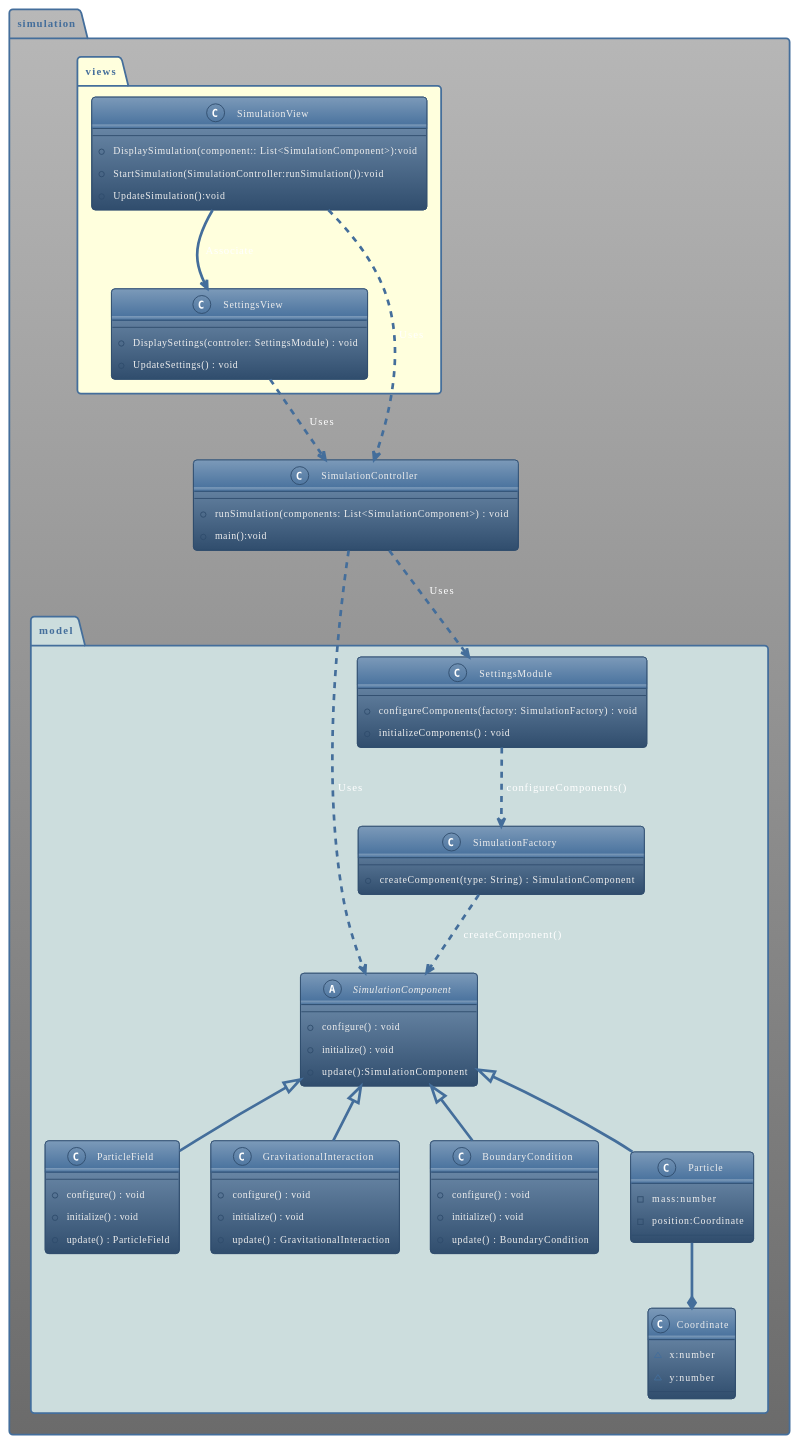
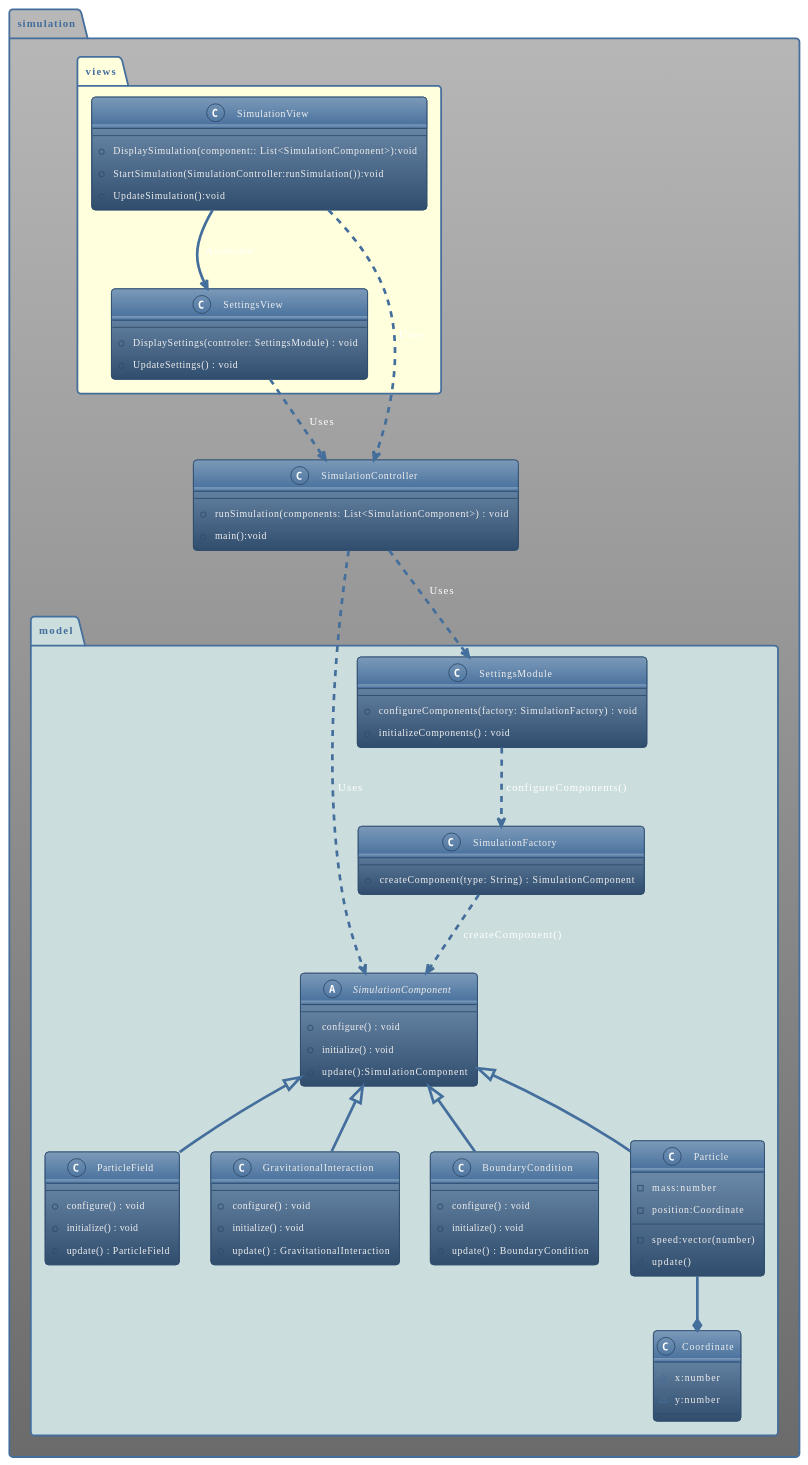
The diagram in CDAI_MVC_Simulation.md (programming-formalisms/programming_formalisms_example_project), drawn with PlantUML before and after one commit.

Commit message:
Added concrete update function to Particle

```diff
--- a/CDAI_MVC_Simulation.md
+++ b/CDAI_MVC_Simulation.md
@@ -57,6 +57,8 @@
 class Particle {
   -mass:number
   -position:Coordinate
+  -speed:vector(number)
+  +update()
 }
 Class Coordinate{
  ~x:number
```
